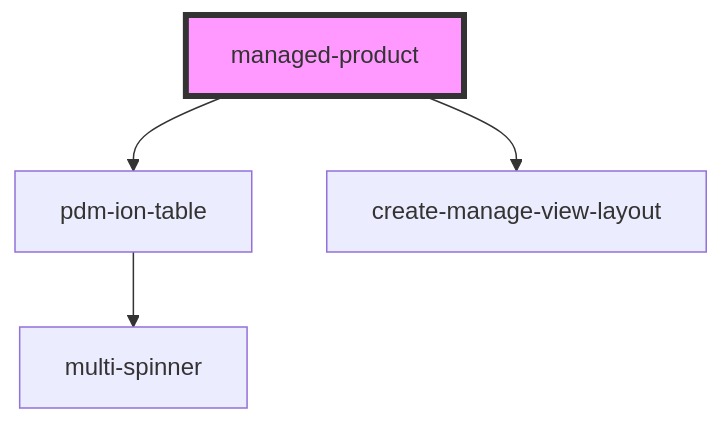
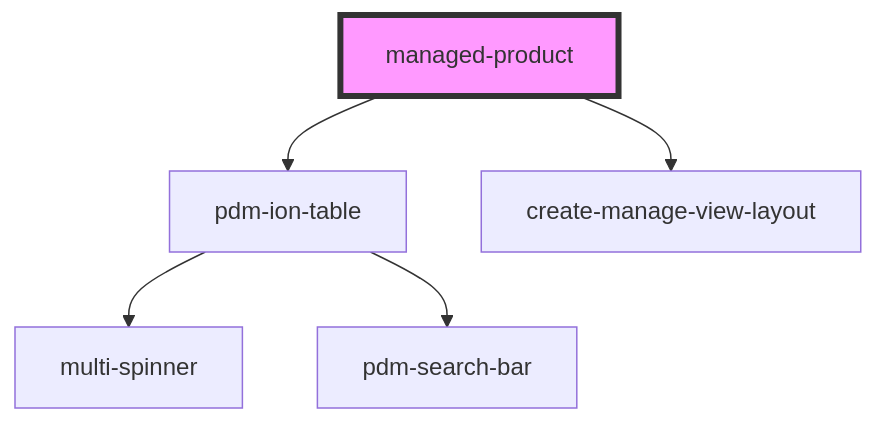
One commit to PharmaLedger-IMI/fgt-workspace changed the diagram in pdm-web-components/src/components/managed-product/readme.md. Above: the diagram before and after it, drawn with Mermaid. The commit also changed 3 other files, not shown here.

````diff
--- a/pdm-web-components/src/components/managed-product/readme.md
+++ b/pdm-web-components/src/components/managed-product/readme.md
@@ -69,7 +69,8 @@
 ```mermaid
 graph TD;
   managed-product --> pdm-ion-table
   managed-product --> create-manage-view-layout
   pdm-ion-table --> multi-spinner
+  pdm-ion-table --> pdm-search-bar
   style managed-product fill:#f9f,stroke:#333,stroke-width:4px
 ```
````
